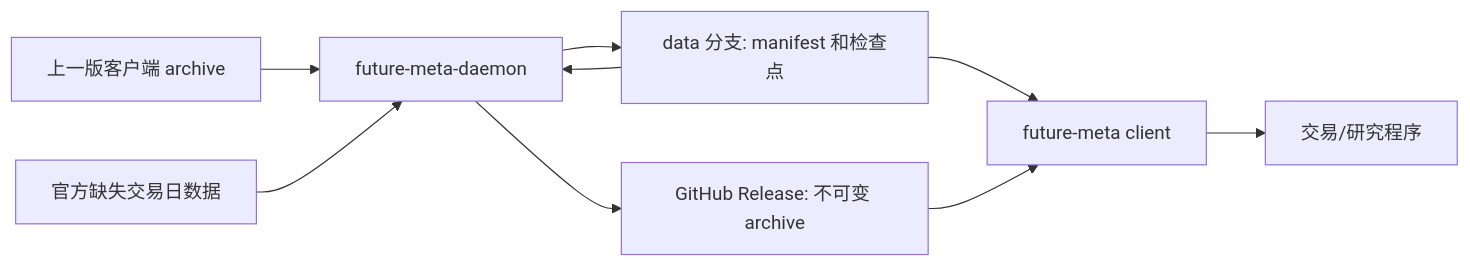
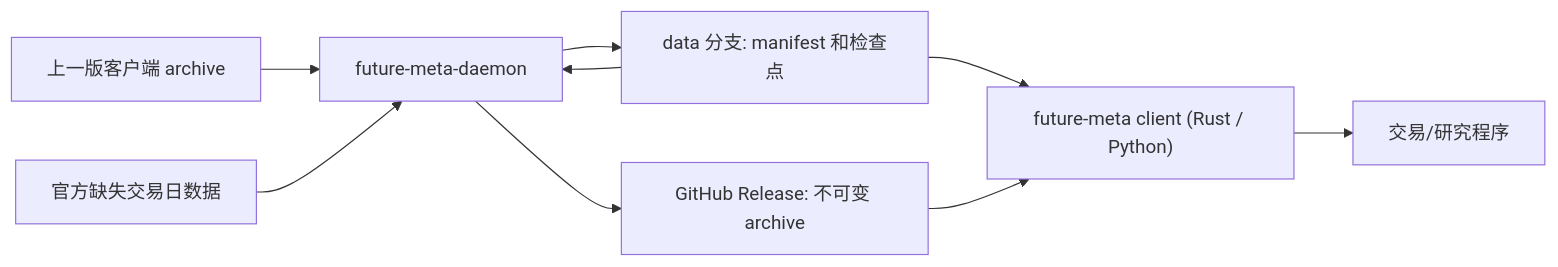
Before and after one commit to zynthium/future-meta: the diagram in README.md, drawn with Mermaid. The commit also changed other lines of this file and 19 other files, not shown here.

````diff
--- a/README.md
+++ b/README.md
@@ -29,11 +30,11 @@
 ```mermaid
 flowchart LR
     archive[上一版客户端 archive] --> daemon[future-meta-daemon]
     exchange[官方缺失交易日数据] --> daemon
     state[data 分支: manifest 和检查点] --> daemon
     daemon --> releases[GitHub Release: 不可变 archive]
     daemon --> state
-    state --> client[future-meta client]
+    state --> client["future-meta client (Rust / Python)"]
     releases --> client
     client --> app[交易/研究程序]
 ```
````
